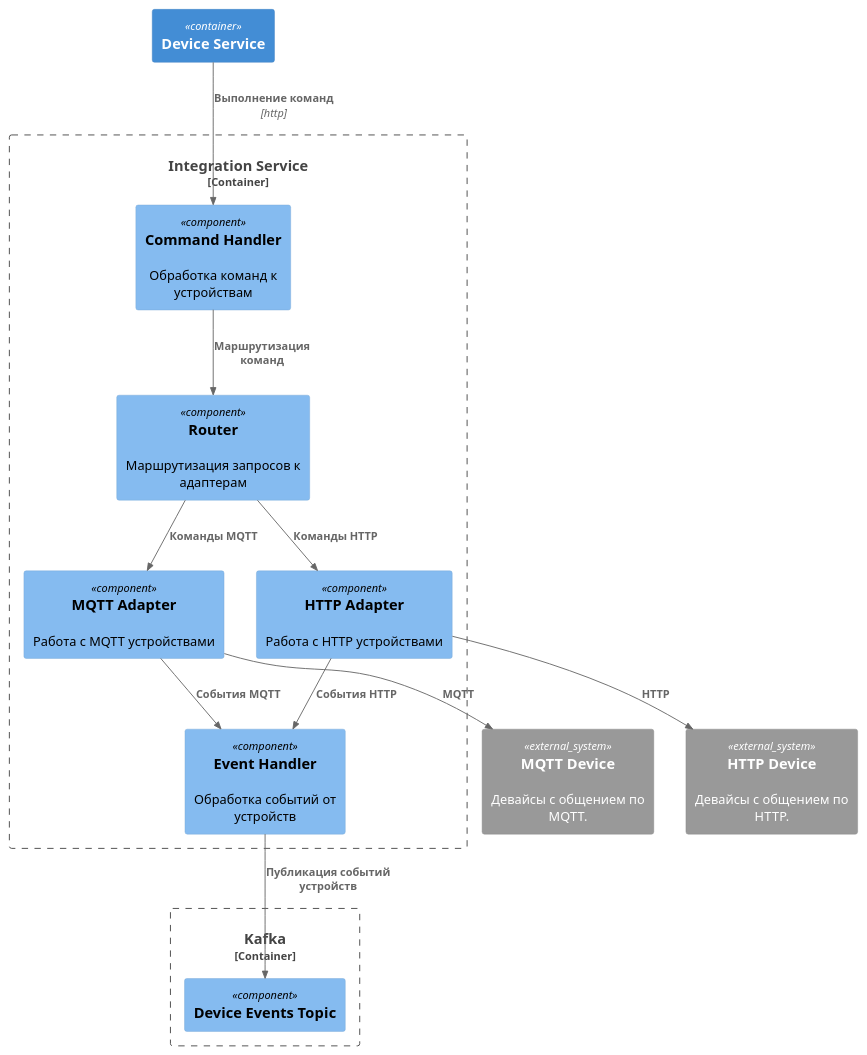
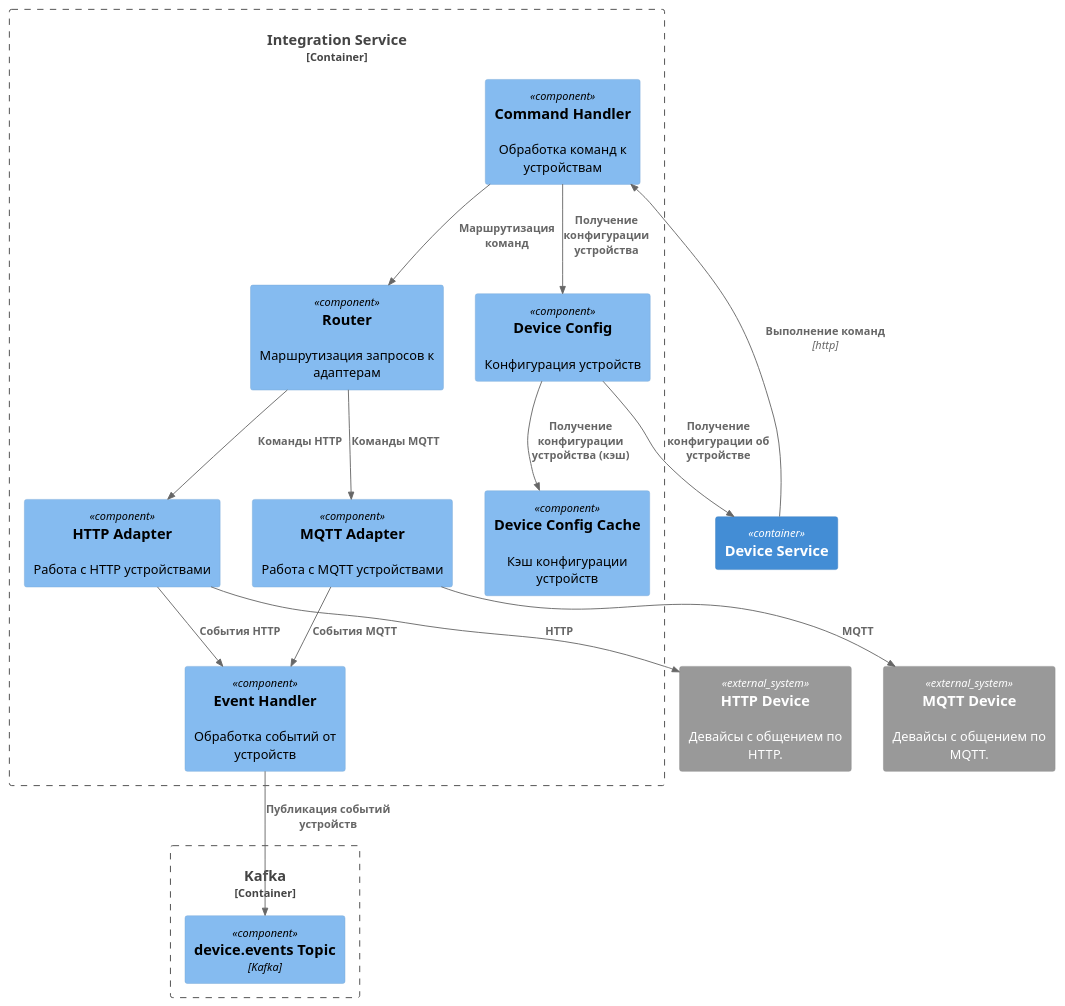
One commit to dengaleev/practicum-warmhouse changed the third of 4 diagrams in docs/2be_component.puml. Above: the diagram before and after it, drawn with PlantUML. The commit also changed other lines of this file, not shown here.

Commit message:
init automation service component

```diff
--- a/docs/2be_component.puml
+++ b/docs/2be_component.puml
@@ -38,39 +38,44 @@
 @startuml C4_Component_ToBeSystem_IntegrationService
 
 !include https://raw.githubusercontent.com/plantuml-stdlib/C4-PlantUML/master/C4_Component.puml
 
 Container_Boundary(integration_service, "Integration Service") {
     Component(command_handler, "Command Handler", "", "Обработка команд к устройствам")
     Component(event_handler, "Event Handler", "", "Обработка событий от устройств")
 
+    Component(device_config, "Device Config", "", "Конфигурация устройств")
+    Component(device_config_cache, "Device Config Cache", "", "Кэш конфигурации устройств")
     Component(router, "Router", "", "Маршрутизация запросов к адаптерам")
 
     Component(mqtt_adapter, "MQTT Adapter", "", "Работа с MQTT устройствами")
     Component(http_adapter, "HTTP Adapter", "", "Работа с HTTP устройствами")
 }
 
 Container_Boundary(Kafka, "Kafka") {
-    Component(kafka_device_events, "Device Events Topic", "", "")
+    Component(kafka_device_events, "device.events Topic", "Kafka", "")
 }
 
 Container(device_service, "Device Service", "", "")
 
 Rel(device_service, command_handler, "Выполнение команд", "http")
+Rel(command_handler, device_config, "Получение конфигурации устройства", "")
+Rel(device_config, device_config_cache, "Получение конфигурации устройства (кэш)", "")
+Rel(device_config, device_service, "Получение конфигурации об устройстве", "")
 
 System_Ext(mqtt_device, "MQTT Device", "Девайсы с общением по MQTT.")
 System_Ext(http_device, "HTTP Device", "Девайсы с общением по HTTP.")
 
 
 Rel(command_handler, router, "Маршрутизация команд", "")
 Rel(router, mqtt_adapter, "Команды MQTT", "")
 Rel(router, http_adapter, "Команды HTTP", "")
 
 Rel(mqtt_adapter, mqtt_device, "MQTT")
 Rel(http_adapter, http_device, "HTTP")
 
 Rel(mqtt_adapter, event_handler, "События MQTT", "")
 Rel(http_adapter, event_handler, "События HTTP", "")
 
 Rel(event_handler, kafka_device_events, "Публикация событий устройств", "")
 
 @enduml
```
